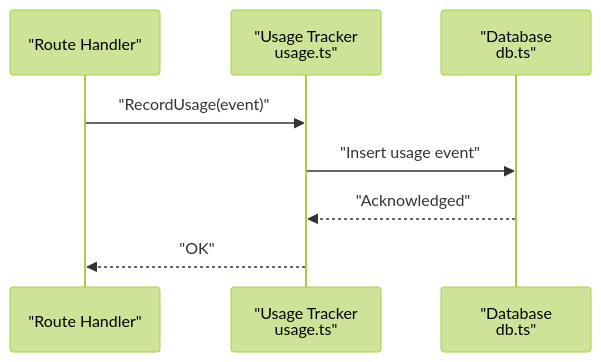
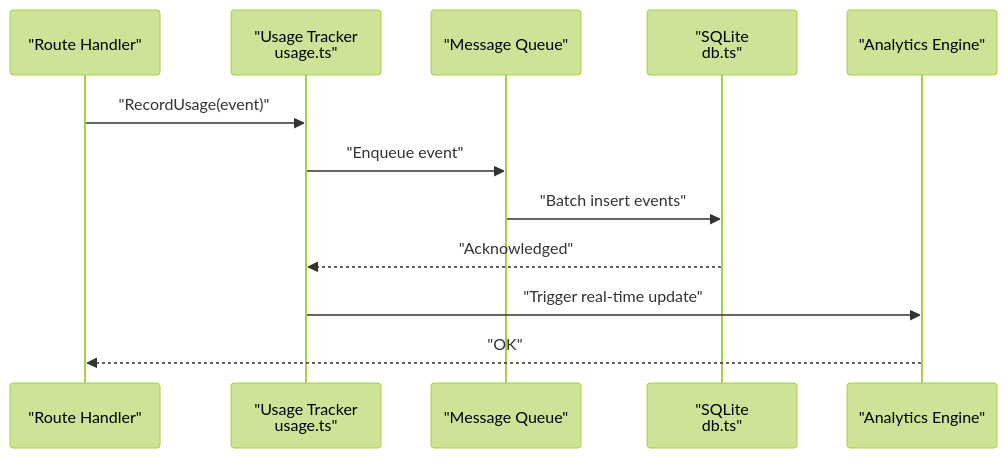
Before and after one commit to HassanAmeer/cheaprouter: the seventh of 10 diagrams in .qoder/repowiki/en/content/Backend Architecture/Backend Architecture.md, drawn with Mermaid (forest theme). The commit also changed other lines of this file and 54 other files, not shown here.

````diff
--- a/.qoder/repowiki/en/content/Backend Architecture/Backend Architecture.md
+++ b/.qoder/repowiki/en/content/Backend Architecture/Backend Architecture.md
@@ -236,10 +280,14 @@
 ```mermaid
 sequenceDiagram
 participant Handler as "Route Handler"
 participant Usage as "Usage Tracker<br/>usage.ts"
-participant DB as "Database<br/>db.ts"
+participant Queue as "Message Queue"
+participant DB as "SQLite<br/>db.ts"
+participant Analytics as "Analytics Engine"
 Handler->>Usage : "RecordUsage(event)"
-Usage->>DB : "Insert usage event"
+Usage->>Queue : "Enqueue event"
+Queue->>DB : "Batch insert events"
 DB-->>Usage : "Acknowledged"
-Usage-->>Handler : "OK"
+Usage->>Analytics : "Trigger real-time update"
+Analytics-->>Handler : "OK"
 ```
````
